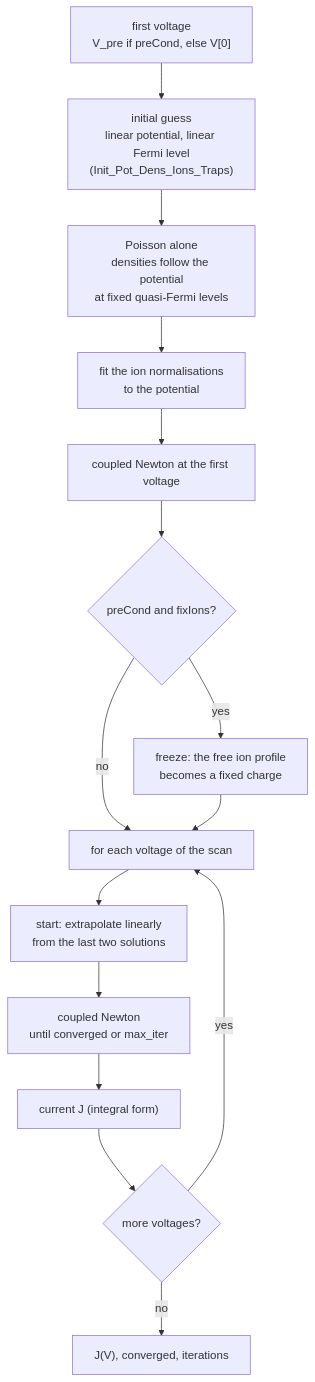
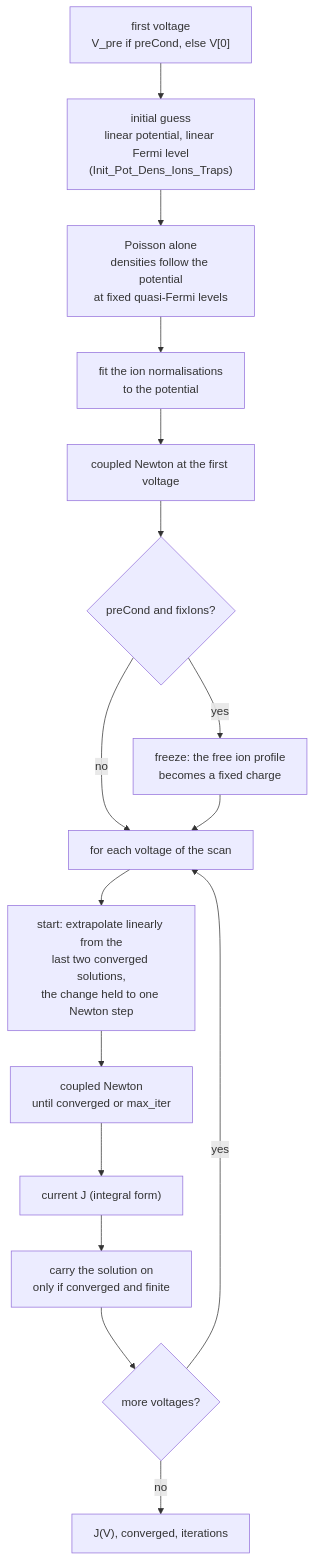
One commit to trn84/jaxdd changed the second of 3 diagrams in docs/solver.md. Above: the diagram before and after it, drawn with Mermaid. The commit also changed other lines of this file and 16 other files, not shown here.

````diff
--- a/docs/solver.md
+++ b/docs/solver.md
@@ -45,17 +45,18 @@
 ```mermaid
 flowchart TD
     A["first voltage<br/>V_pre if preCond, else V[0]"] --> B["initial guess<br/>linear potential, linear Fermi level<br/>(Init_Pot_Dens_Ions_Traps)"]
     B --> C["Poisson alone<br/>densities follow the potential<br/>at fixed quasi-Fermi levels"]
     C --> D["fit the ion normalisations<br/>to the potential"]
     D --> E["coupled Newton at the first voltage"]
     E --> F{"preCond and fixIons?"}
     F -- "yes" --> G["freeze: the free ion profile<br/>becomes a fixed charge"]
     F -- "no" --> H
     G --> H["for each voltage of the scan"]
-    H --> I["start: extrapolate linearly<br/>from the last two solutions"]
+    H --> I["start: extrapolate linearly from the<br/>last two converged solutions,<br/>the change held to one Newton step"]
     I --> J["coupled Newton<br/>until converged or max_iter"]
     J --> K["current J (integral form)"]
-    K --> L{"more voltages?"}
+    K --> N["carry the solution on<br/>only if converged and finite"]
+    N --> L{"more voltages?"}
     L -- "yes" --> H
     L -- "no" --> M["J(V), converged, iterations"]
 ```
````
